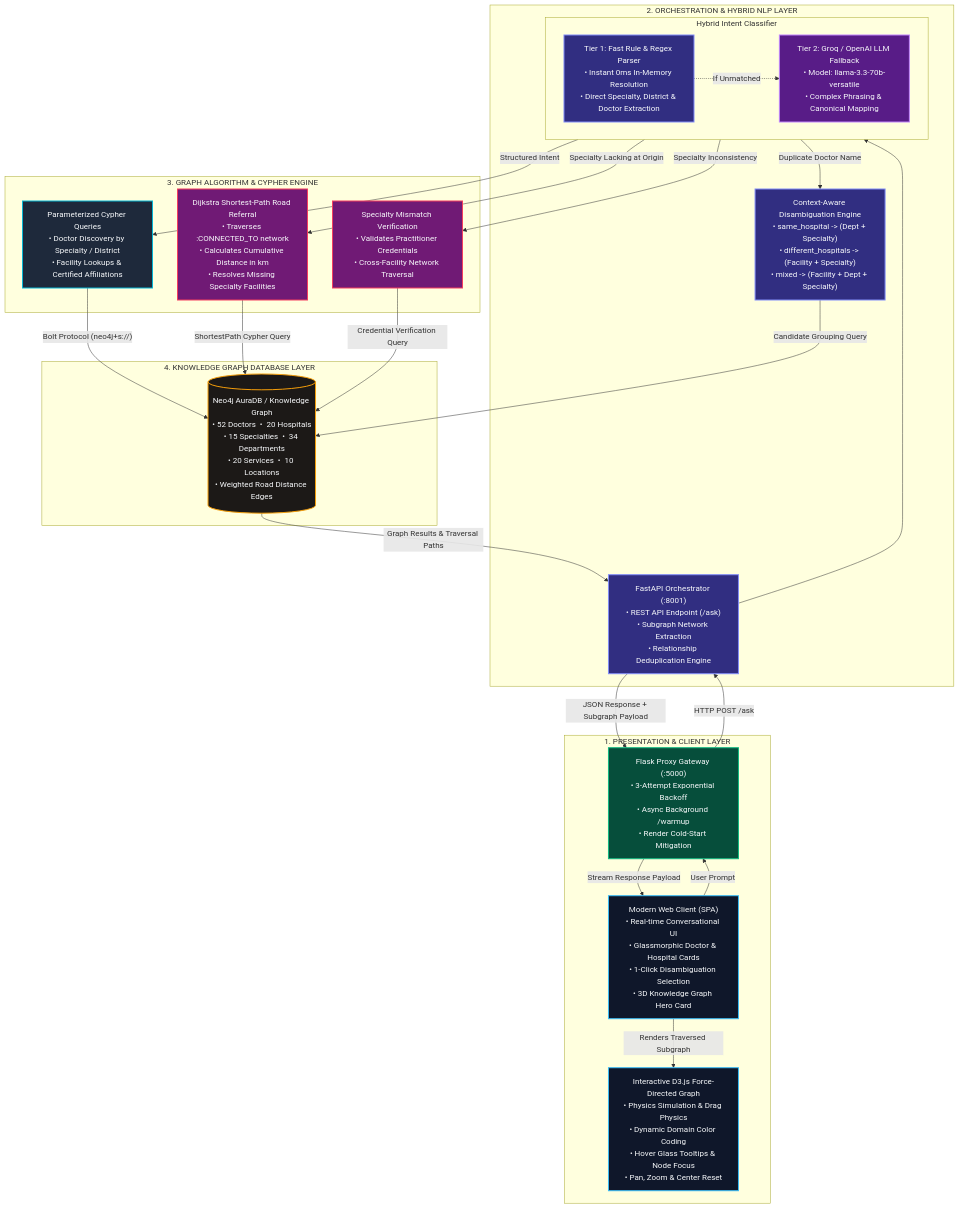
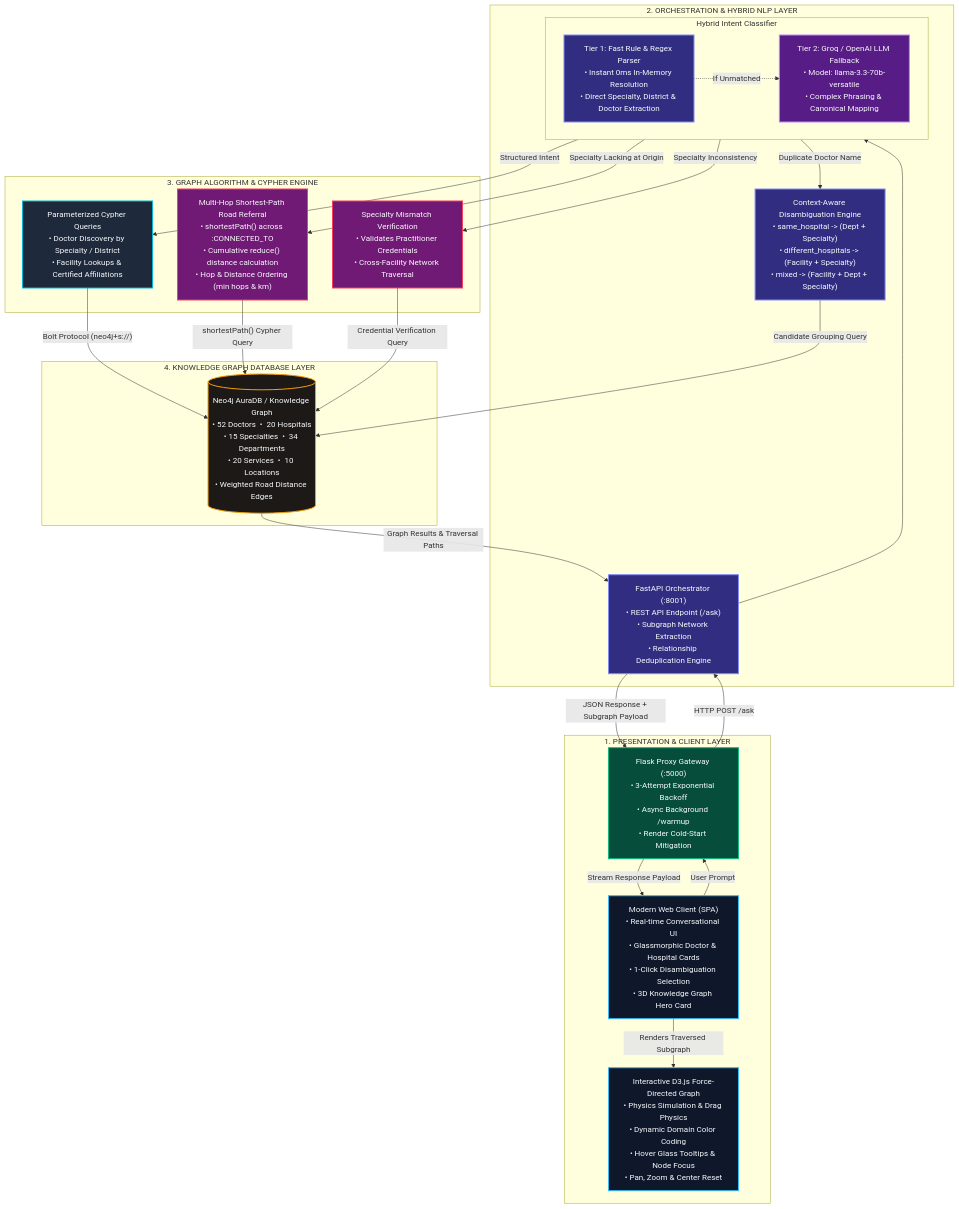
One commit to sydelendure/healthcare-knowledge-graph-assistant changed the first of 2 diagrams in README.md. Above: the diagram before and after it, drawn with Mermaid. The commit also changed other lines of this file and 1 other file, not shown here.

Commit message:
Update technical description to: Multi-hop shortest-path traversal using Neo4j shortestPath() with cumulative distance calculation and hop/distance ranking

````diff
--- a/README.md
+++ b/README.md
@@ -65,65 +67,65 @@
 ```mermaid
 flowchart TD
     %% Custom Styling Classes
     classDef clientStyle fill:#0f172a,stroke:#38bdf8,stroke-width:2px,color:#f8fafc;
     classDef proxyStyle fill:#064e3b,stroke:#10b981,stroke-width:2px,color:#f8fafc;
     classDef nlpStyle fill:#312e81,stroke:#818cf8,stroke-width:2px,color:#f8fafc;
     classDef llmStyle fill:#581c87,stroke:#c084fc,stroke-width:2px,color:#f8fafc;
     classDef cypherStyle fill:#1e293b,stroke:#06b6d4,stroke-width:2px,color:#f8fafc;
     classDef algoStyle fill:#701a75,stroke:#f43f5e,stroke-width:2px,color:#f8fafc;
     classDef dbStyle fill:#1c1917,stroke:#f59e0b,stroke-width:2px,color:#f8fafc;
 
     %% 1. Presentation & Client Layer
     subgraph ClientLayer ["1. PRESENTATION & CLIENT LAYER"]
         ClientBrowser["Modern Web Client (SPA)<br/>• Real-time Conversational UI<br/>• Glassmorphic Doctor & Hospital Cards<br/>• 1-Click Disambiguation Selection<br/>• 3D Knowledge Graph Hero Card"]:::clientStyle
         D3Visualizer["Interactive D3.js Force-Directed Graph<br/>• Physics Simulation & Drag Physics<br/>• Dynamic Domain Color Coding<br/>• Hover Glass Tooltips & Node Focus<br/>• Pan, Zoom & Center Reset"]:::clientStyle
         FlaskProxy["Flask Proxy Gateway (:5000)<br/>• 3-Attempt Exponential Backoff<br/>• Async Background /warmup<br/>• Render Cold-Start Mitigation"]:::proxyStyle
     end
 
     %% 2. Orchestration & NLP Layer
     subgraph ApiLayer ["2. ORCHESTRATION & HYBRID NLP LAYER"]
         FastAPI["FastAPI Orchestrator (:8001)<br/>• REST API Endpoint (/ask)<br/>• Subgraph Network Extraction<br/>• Relationship Deduplication Engine"]:::nlpStyle
         
         subgraph HybridNLP ["Hybrid Intent Classifier"]
             FastParser["Tier 1: Fast Rule & Regex Parser<br/>• Instant 0ms In-Memory Resolution<br/>• Direct Specialty, District & Doctor Extraction"]:::nlpStyle
             LLMParser["Tier 2: Groq / OpenAI LLM Fallback<br/>• Model: llama-3.3-70b-versatile<br/>• Complex Phrasing & Canonical Mapping"]:::llmStyle
         end
 
         DisambigEngine["Context-Aware Disambiguation Engine<br/>• same_hospital -> (Dept + Specialty)<br/>• different_hospitals -> (Facility + Specialty)<br/>• mixed -> (Facility + Dept + Specialty)"]:::nlpStyle
     end
 
     %% 3. Graph Query & Algorithmic Layer
     subgraph QueryLayer ["3. GRAPH ALGORITHM & CYPHER ENGINE"]
         CypherEngine["Parameterized Cypher Queries<br/>• Doctor Discovery by Specialty / District<br/>• Facility Lookups & Certified Affiliations"]:::cypherStyle
         
-        ShortestPath["Dijkstra Shortest-Path Road Referral<br/>• Traverses :CONNECTED_TO network<br/>• Calculates Cumulative Distance in km<br/>• Resolves Missing Specialty Facilities"]:::algoStyle
+        ShortestPath["Multi-Hop Shortest-Path Road Referral<br/>• shortestPath() across :CONNECTED_TO<br/>• Cumulative reduce() distance calculation<br/>• Hop & Distance Ordering (min hops & km)"]:::algoStyle
         
         MismatchVerify["Specialty Mismatch Verification<br/>• Validates Practitioner Credentials<br/>• Cross-Facility Network Traversal"]:::algoStyle
     end
 
     %% 4. Data Storage Layer
     subgraph DatabaseLayer ["4. KNOWLEDGE GRAPH DATABASE LAYER"]
         Neo4j[("Neo4j AuraDB / Knowledge Graph<br/>• 52 Doctors &nbsp;&bull;&nbsp; 20 Hospitals<br/>• 15 Specialties &nbsp;&bull;&nbsp; 34 Departments<br/>• 20 Services &nbsp;&bull;&nbsp; 10 Locations<br/>• Weighted Road Distance Edges")]:::dbStyle
     end
 
     %% Connections & Flow
     ClientBrowser -->|"User Prompt"| FlaskProxy
     FlaskProxy -->|"HTTP POST /ask"| FastAPI
     FastAPI --> HybridNLP
     FastParser -.->|"If Unmatched"| LLMParser
     
     HybridNLP -->|"Structured Intent"| CypherEngine
     HybridNLP -->|"Specialty Lacking at Origin"| ShortestPath
     HybridNLP -->|"Specialty Inconsistency"| MismatchVerify
     HybridNLP -->|"Duplicate Doctor Name"| DisambigEngine
     
     CypherEngine -->|"Bolt Protocol (neo4j+s://)"| Neo4j
-    ShortestPath -->|"ShortestPath Cypher Query"| Neo4j
+    ShortestPath -->|"shortestPath() Cypher Query"| Neo4j
     MismatchVerify -->|"Credential Verification Query"| Neo4j
     DisambigEngine -->|"Candidate Grouping Query"| Neo4j
     
     Neo4j -->|"Graph Results & Traversal Paths"| FastAPI
     FastAPI -->|"JSON Response + Subgraph Payload"| FlaskProxy
     FlaskProxy -->|"Stream Response Payload"| ClientBrowser
     ClientBrowser -->|"Renders Traversed Subgraph"| D3Visualizer
 ```
````
